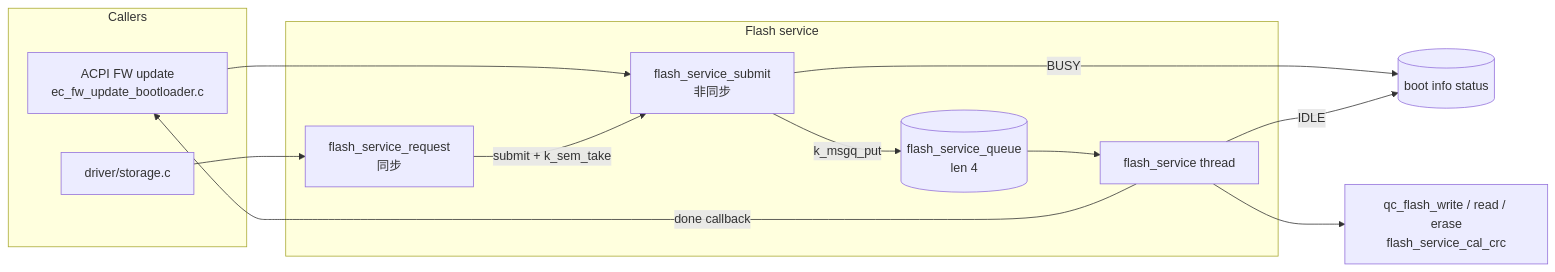
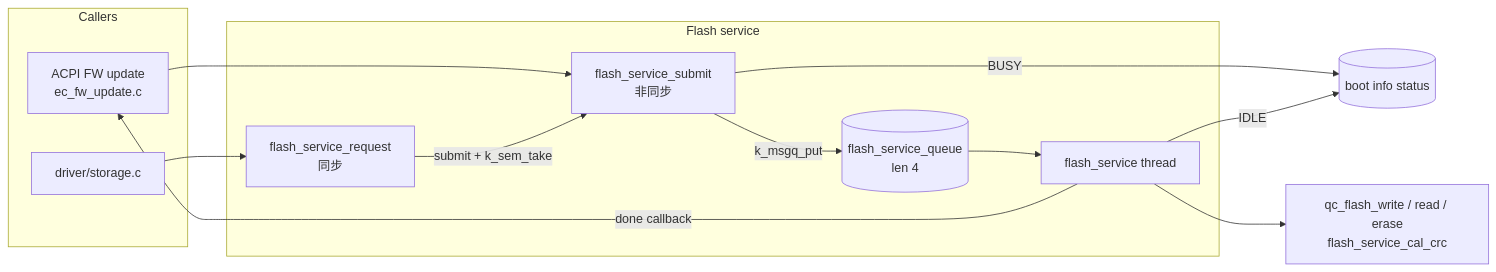
One commit to MCHP-Andy/ec_qualcomm changed the diagram in service/flash/readme.md. Above: the diagram before and after it, drawn with Mermaid. The commit also changed 11 other files, not shown here.

First line of the commit message:
refactor(acpi): merge bootloader fw update into ec_fw_update.c

````diff
--- a/service/flash/readme.md
+++ b/service/flash/readme.md
@@ -13,27 +13,27 @@
 ```mermaid
 graph LR
     subgraph "Callers"
-        FW[ACPI FW update<br/>ec_fw_update_bootloader.c]
+        FW[ACPI FW update<br/>ec_fw_update.c]
         STO[driver/storage.c]
     end
 
     subgraph "Flash service"
         SUB[flash_service_submit<br/>非同步]
         REQ[flash_service_request<br/>同步]
         Q[(flash_service_queue<br/>len 4)]
         THR[flash_service thread]
     end
 
     DRV[qc_flash_write / read / erase<br/>flash_service_cal_crc]
     INFO[(boot info status)]
 
     FW --> SUB
     STO --> REQ
     REQ -->|submit + k_sem_take| SUB
     SUB -->|BUSY| INFO
     SUB -->|k_msgq_put| Q
     Q --> THR
     THR --> DRV
     THR -->|done callback| FW
     THR -->|IDLE| INFO
 ```
````
